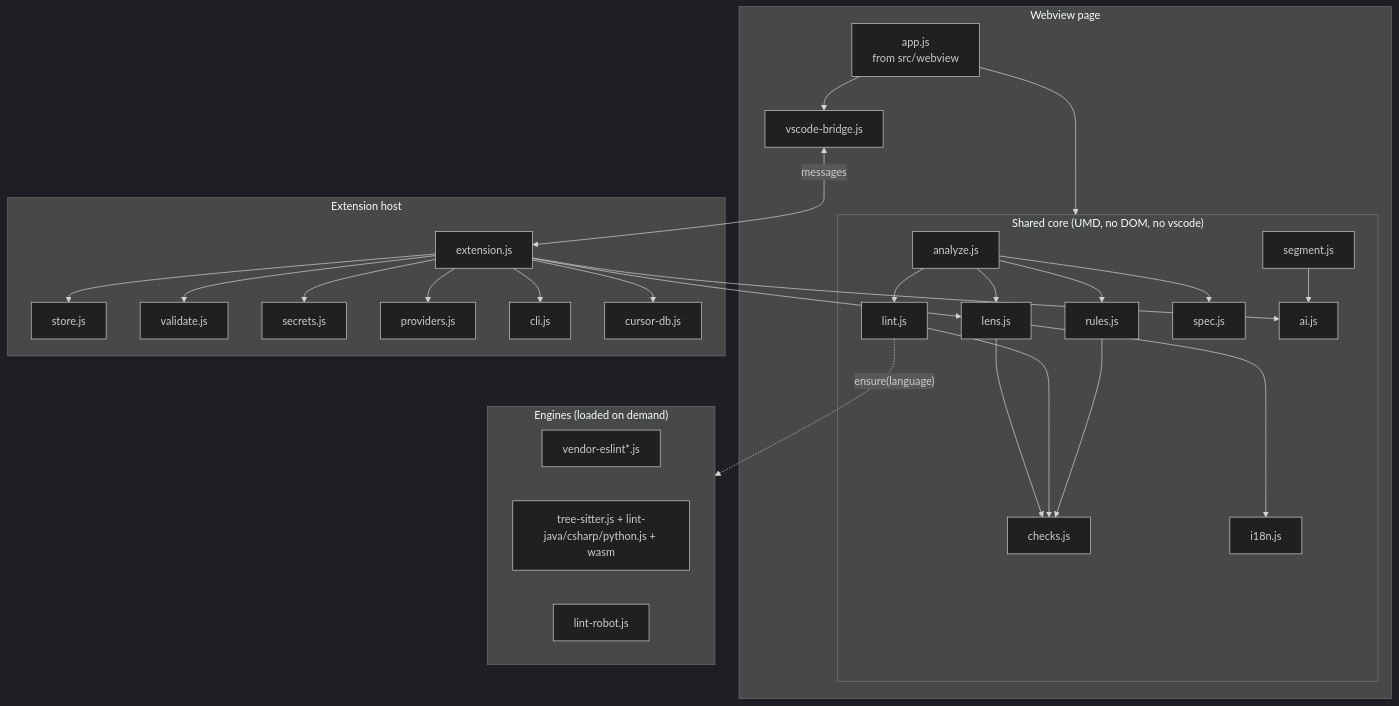
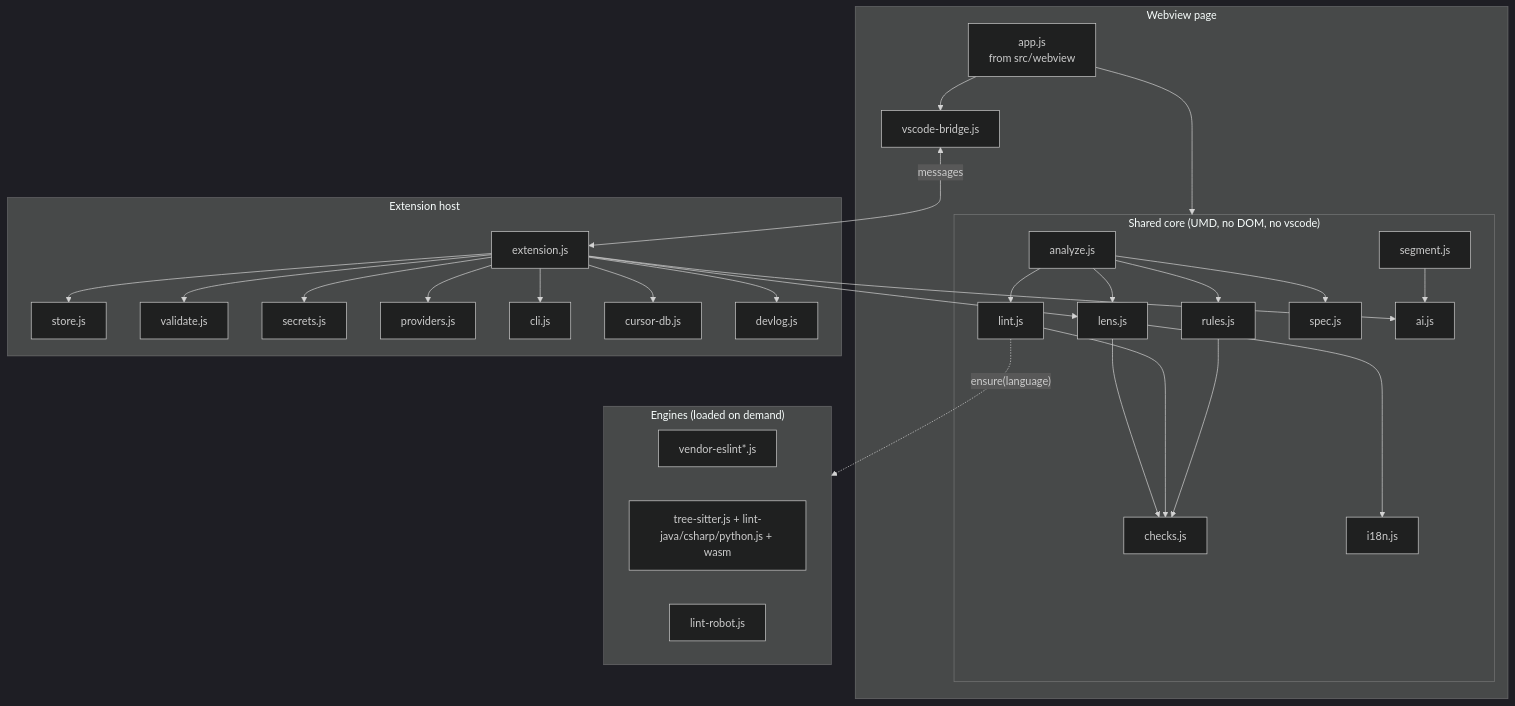
Before and after one commit to nikolaylosev/sessionlens: the third of 13 diagrams in docs/ARCHITECTURE.md, drawn with Mermaid (dark theme). The commit also changed other lines of this file and 22 other files, not shown here.

````diff
--- a/docs/ARCHITECTURE.md
+++ b/docs/ARCHITECTURE.md
@@ -192,30 +197,30 @@
 ```mermaid
 flowchart TB
   subgraph Page["Webview page"]
     APP[app.js<br/>from src/webview] --> CORE
     BRIDGE[vscode-bridge.js]
     APP --> BRIDGE
   end
   subgraph CORE["Shared core (UMD, no DOM, no vscode)"]
     LENS[lens.js] --> CHK[checks.js]
     LENS --> I18N[i18n.js]
     LINT[lint.js] --> CHK
     RULES[rules.js] --> CHK
     SPEC[spec.js]
     ANZ[analyze.js] --> LENS & LINT & RULES & SPEC
     AI[ai.js]
     SEG[segment.js] --> AI
   end
   subgraph ENG["Engines (loaded on demand)"]
     ESL[vendor-eslint*.js]
     TS[tree-sitter.js + lint-java/csharp/python.js + wasm]
     ROBOT[lint-robot.js]
   end
   LINT -. ensure(language) .-> ENG
   subgraph HostSide["Extension host"]
     EXTJS[extension.js] --> LENS
     EXTJS --> AI
-    EXTJS --> STOREJS[store.js] & VALJS[validate.js] & SECJS[secrets.js] & PROVJS[providers.js] & CLIJS[cli.js] & CDBJS[cursor-db.js]
+    EXTJS --> STOREJS[store.js] & VALJS[validate.js] & SECJS[secrets.js] & PROVJS[providers.js] & CLIJS[cli.js] & CDBJS[cursor-db.js] & DEVJS[devlog.js]
   end
   BRIDGE <-->|messages| EXTJS
 ```
````
